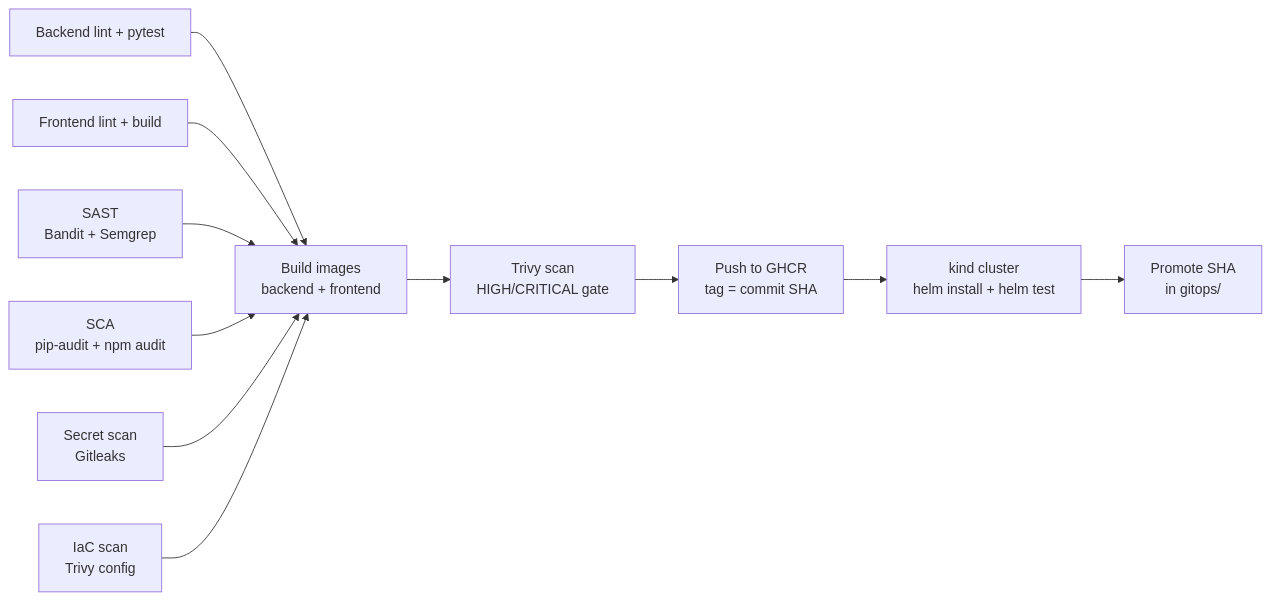
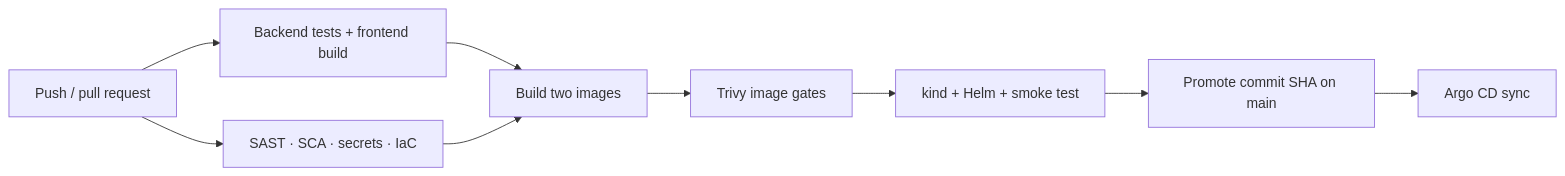
One commit to Chhavi07-arch/OpsPulse-devops-platform changed the second of 2 diagrams in README.md. Above: the diagram before and after it, drawn with Mermaid. The commit also changed other lines of this file and 15 other files, not shown here.

````diff
--- a/README.md
+++ b/README.md
@@ -380,13 +160,11 @@
 ```mermaid
 flowchart LR
-    A[Backend lint + pytest] --> G
-    B[Frontend lint + build] --> G
-    C[SAST<br/>Bandit + Semgrep] --> G
-    D[SCA<br/>pip-audit + npm audit] --> G
-    E[Secret scan<br/>Gitleaks] --> G
-    F[IaC scan<br/>Trivy config] --> G
-    G[Build images<br/>backend + frontend] --> H[Trivy scan<br/>HIGH/CRITICAL gate]
-    H --> I[Push to GHCR<br/>tag = commit SHA]
-    I --> J[kind cluster<br/>helm install + helm test]
-    J --> K[Promote SHA<br/>in gitops/]
+    C[Push / pull request] --> T[Backend tests + frontend build]
+    C --> S[SAST · SCA · secrets · IaC]
+    T --> B[Build two images]
+    S --> B
+    B --> V[Trivy image gates]
+    V --> K[kind + Helm + smoke test]
+    K --> P[Promote commit SHA on main]
+    P --> A[Argo CD sync]
 ```
````
